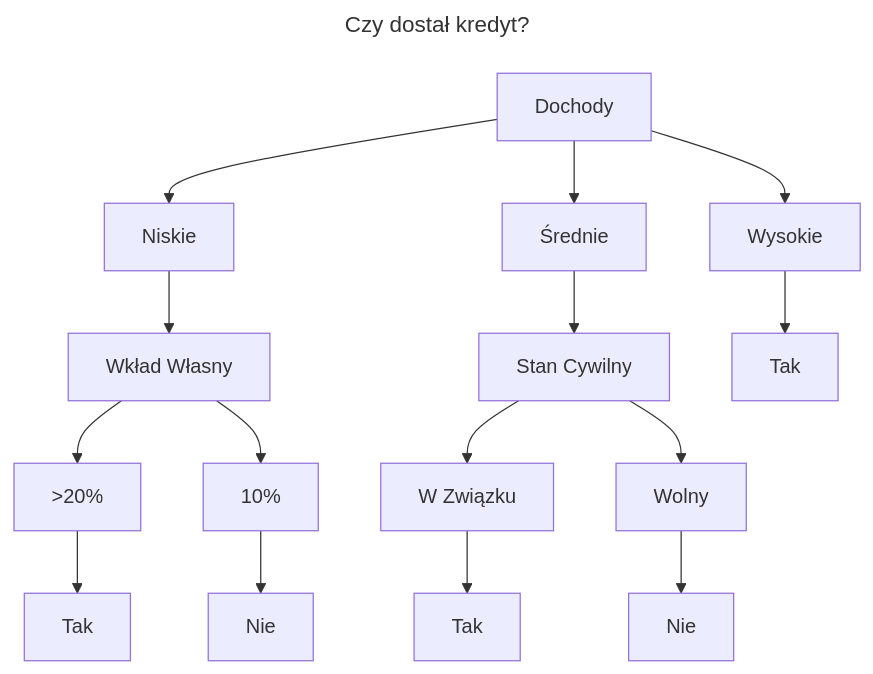
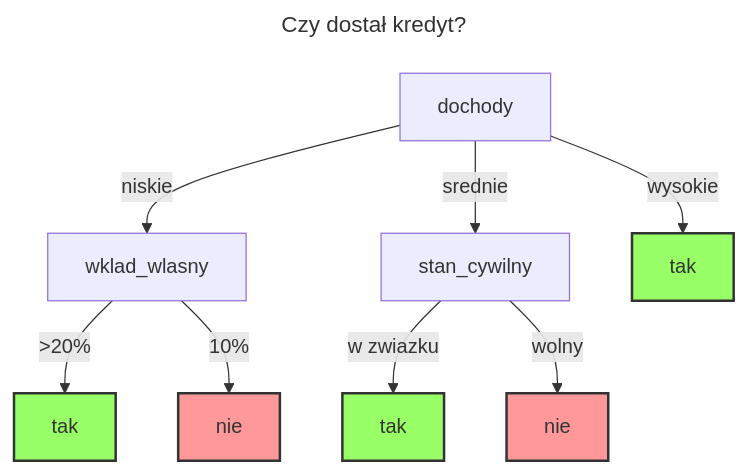
Before and after one commit to Psyhackological/school: the diagram in 6_term/introduction_to_artificial_intelligence_systems/decision_tree/outcomes/decision_tree_dochody.mermaid, drawn with Mermaid. The commit also changed 3 other files, not shown here.

```diff
--- a/6_term/introduction_to_artificial_intelligence_systems/decision_tree/outcomes/decision_tree_dochody.mermaid
+++ b/6_term/introduction_to_artificial_intelligence_systems/decision_tree/outcomes/decision_tree_dochody.mermaid
@@ -1,19 +1,19 @@
 ---
 title: Czy dostał kredyt?
 ---
 
-graph TD
-    A[Dochody] --> B[Niskie]
-    A --> C[Średnie]
-    A --> D[Wysokie]
-    B --> E[Wkład Własny]
-    E --> F[">20%"]
-    E --> G["10%"]
-    F --> H[Tak]
-    G --> I[Nie]
-    C --> J[Stan Cywilny]
-    J --> K[W Związku]
-    J --> L[Wolny]
-    K --> M[Tak]
-    L --> N[Nie]
-    D --> O[Tak]
+graph TD;
+    A[dochody] -->|niskie| B[wklad_wlasny]
+    A -->|srednie| C[stan_cywilny]
+    A -->|wysokie| D[tak]
+
+    B -->|">20%"| E[tak]
+    B -->|"10%"| F[nie]
+
+    C -->|w zwiazku| G[tak]
+    C -->|wolny| H[nie]
+
+    classDef yesNode fill:#9f6,stroke:#333,stroke-width:2px;
+    classDef noNode fill:#f99,stroke:#333,stroke-width:2px;
+    class D,E,G yesNode;
+    class F,H noNode;
```
